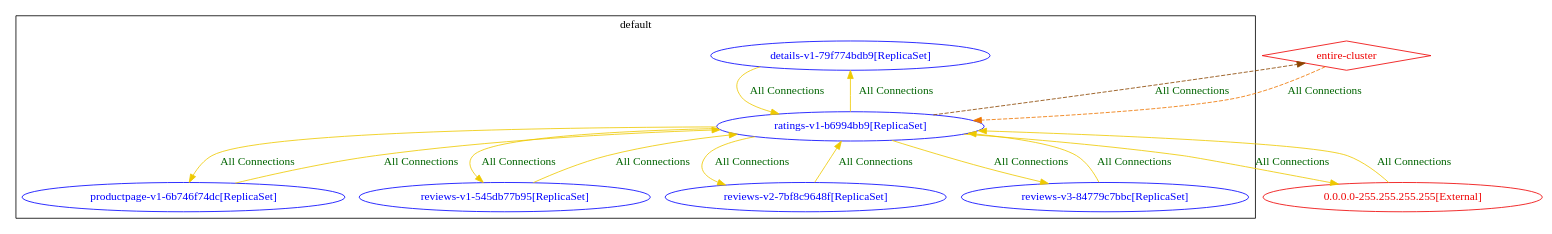
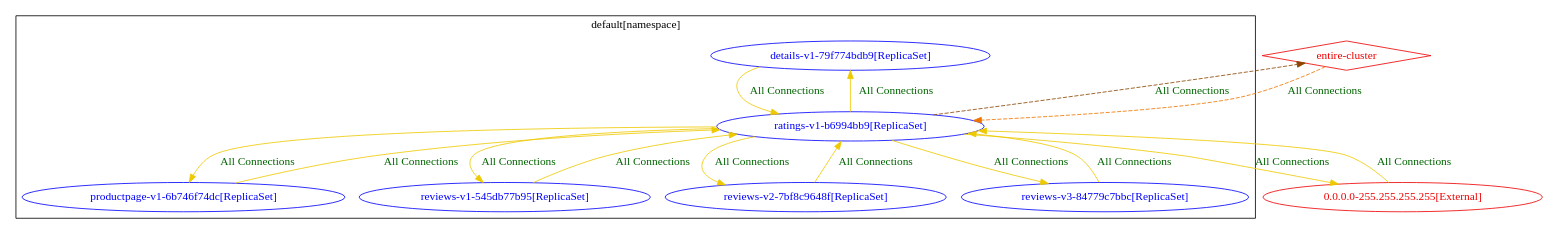
The diagram in test_outputs/connlist/k8s_ingress_test_focus_workload_ratings-v1-b6994bb9_exposure_output.dot (np-guard/netpol-analyzer), drawn with Graphviz before and after one commit. The commit also changed 475 other files, not shown here.

Commit message:
dot/graph output : add [namespace] to the namespace group name (unless it is a udn)

```diff
--- a/test_outputs/connlist/k8s_ingress_test_focus_workload_ratings-v1-b6994bb9_exposure_output.dot
+++ b/test_outputs/connlist/k8s_ingress_test_focus_workload_ratings-v1-b6994bb9_exposure_output.dot
@@ -1,29 +1,29 @@
 digraph {
-	subgraph "cluster_default" {
+	subgraph "cluster_default[namespace]" {
 		color="black"
 		fontcolor="black"
 		"default/details-v1-79f774bdb9[ReplicaSet]" [label="details-v1-79f774bdb9[ReplicaSet]" color="blue" fontcolor="blue"]
 		"default/productpage-v1-6b746f74dc[ReplicaSet]" [label="productpage-v1-6b746f74dc[ReplicaSet]" color="blue" fontcolor="blue"]
 		"default/ratings-v1-b6994bb9[ReplicaSet]" [label="ratings-v1-b6994bb9[ReplicaSet]" color="blue" fontcolor="blue"]
 		"default/reviews-v1-545db77b95[ReplicaSet]" [label="reviews-v1-545db77b95[ReplicaSet]" color="blue" fontcolor="blue"]
 		"default/reviews-v2-7bf8c9648f[ReplicaSet]" [label="reviews-v2-7bf8c9648f[ReplicaSet]" color="blue" fontcolor="blue"]
 		"default/reviews-v3-84779c7bbc[ReplicaSet]" [label="reviews-v3-84779c7bbc[ReplicaSet]" color="blue" fontcolor="blue"]
-		label="default"
+		label="default[namespace]"
 	}
 	"0.0.0.0-255.255.255.255[External]" [label="0.0.0.0-255.255.255.255[External]" color="red2" fontcolor="red2"]
 	"entire-cluster" [label="entire-cluster" color="red2" fontcolor="red2" shape=diamond]
 	"0.0.0.0-255.255.255.255[External]" -> "default/ratings-v1-b6994bb9[ReplicaSet]" [label="All Connections" color="gold2" fontcolor="darkgreen" weight=0.5]
 	"default/details-v1-79f774bdb9[ReplicaSet]" -> "default/ratings-v1-b6994bb9[ReplicaSet]" [label="All Connections" color="gold2" fontcolor="darkgreen" weight=0.5]
 	"default/productpage-v1-6b746f74dc[ReplicaSet]" -> "default/ratings-v1-b6994bb9[ReplicaSet]" [label="All Connections" color="gold2" fontcolor="darkgreen" weight=0.5]
 	"default/ratings-v1-b6994bb9[ReplicaSet]" -> "0.0.0.0-255.255.255.255[External]" [label="All Connections" color="gold2" fontcolor="darkgreen" weight=1]
 	"default/ratings-v1-b6994bb9[ReplicaSet]" -> "default/details-v1-79f774bdb9[ReplicaSet]" [label="All Connections" color="gold2" fontcolor="darkgreen" weight=1]
 	"default/ratings-v1-b6994bb9[ReplicaSet]" -> "default/productpage-v1-6b746f74dc[ReplicaSet]" [label="All Connections" color="gold2" fontcolor="darkgreen" weight=1]
 	"default/ratings-v1-b6994bb9[ReplicaSet]" -> "default/reviews-v1-545db77b95[ReplicaSet]" [label="All Connections" color="gold2" fontcolor="darkgreen" weight=0.5]
 	"default/ratings-v1-b6994bb9[ReplicaSet]" -> "default/reviews-v2-7bf8c9648f[ReplicaSet]" [label="All Connections" color="gold2" fontcolor="darkgreen" weight=0.5]
 	"default/ratings-v1-b6994bb9[ReplicaSet]" -> "default/reviews-v3-84779c7bbc[ReplicaSet]" [label="All Connections" color="gold2" fontcolor="darkgreen" weight=0.5]
 	"default/ratings-v1-b6994bb9[ReplicaSet]" -> "entire-cluster" [label="All Connections" color="darkorange4" fontcolor="darkgreen" weight=0.5 style=dashed]
 	"default/reviews-v1-545db77b95[ReplicaSet]" -> "default/ratings-v1-b6994bb9[ReplicaSet]" [label="All Connections" color="gold2" fontcolor="darkgreen" weight=1]
 	"default/reviews-v2-7bf8c9648f[ReplicaSet]" -> "default/ratings-v1-b6994bb9[ReplicaSet]" [label="All Connections" color="gold2" fontcolor="darkgreen" weight=1]
 	"default/reviews-v3-84779c7bbc[ReplicaSet]" -> "default/ratings-v1-b6994bb9[ReplicaSet]" [label="All Connections" color="gold2" fontcolor="darkgreen" weight=1]
 	"entire-cluster" -> "default/ratings-v1-b6994bb9[ReplicaSet]" [label="All Connections" color="darkorange2" fontcolor="darkgreen" weight=1 style=dashed]
 }
```
